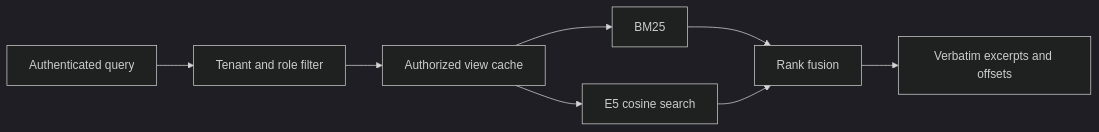
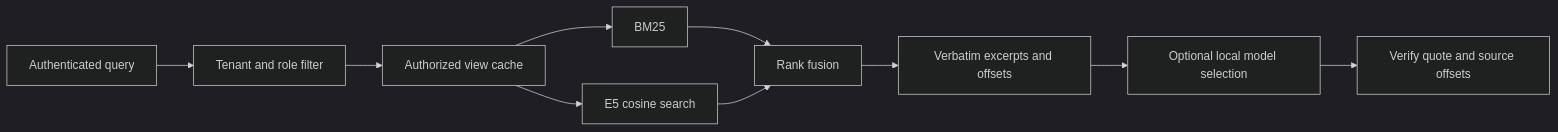
The diagram in README.md (saintedwind/evidenceforge-transformer), drawn with Mermaid (dark theme) before and after one commit. The commit also changed other lines of this file and 18 other files, not shown here.

Commit message:
Persist corpus revisions and validate real local source selection

````diff
--- a/README.md
+++ b/README.md
@@ -7,10 +9,12 @@
 ```mermaid
 flowchart LR
     Q[Authenticated query] --> P[Tenant and role filter]
     P --> V[Authorized view cache]
     V --> B[BM25]
     V --> E[E5 cosine search]
     B --> R[Rank fusion]
     E --> R
     R --> C[Verbatim excerpts and offsets]
+    C --> M[Optional local model selection]
+    M --> VQ[Verify quote and source offsets]
 ```
````
